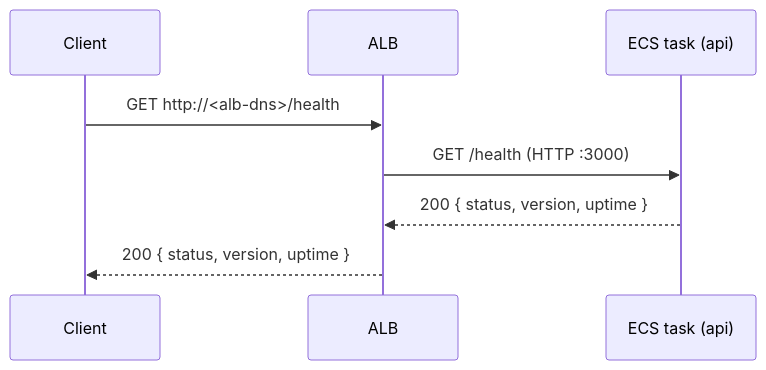
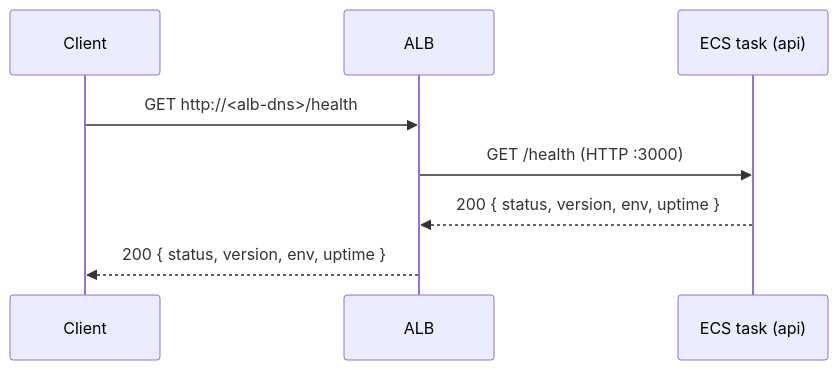
The first of 2 diagrams in docs/endpoints.md (ashleyjtaylor/template), drawn with Mermaid before and after one commit. The commit also changed other lines of this file and 34 other files, not shown here.

````diff
--- a/docs/endpoints.md
+++ b/docs/endpoints.md
@@ -16,11 +16,11 @@
 ```mermaid
 sequenceDiagram
     participant Client
     participant ALB
     participant ECS as ECS task (api)
 
     Client->>ALB: GET http://<alb-dns>/health
     ALB->>ECS: GET /health (HTTP :3000)
-    ECS-->>ALB: 200 { status, version, uptime }
-    ALB-->>Client: 200 { status, version, uptime }
+    ECS-->>ALB: 200 { status, version, env, uptime }
+    ALB-->>Client: 200 { status, version, env, uptime }
 ```
````
